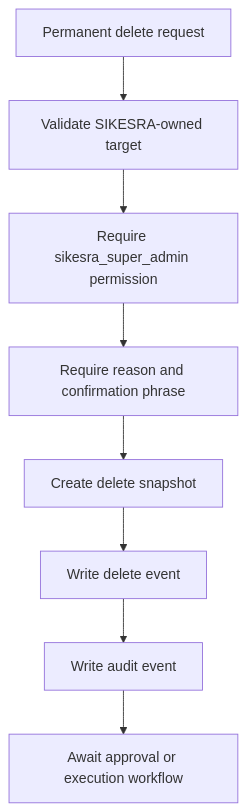
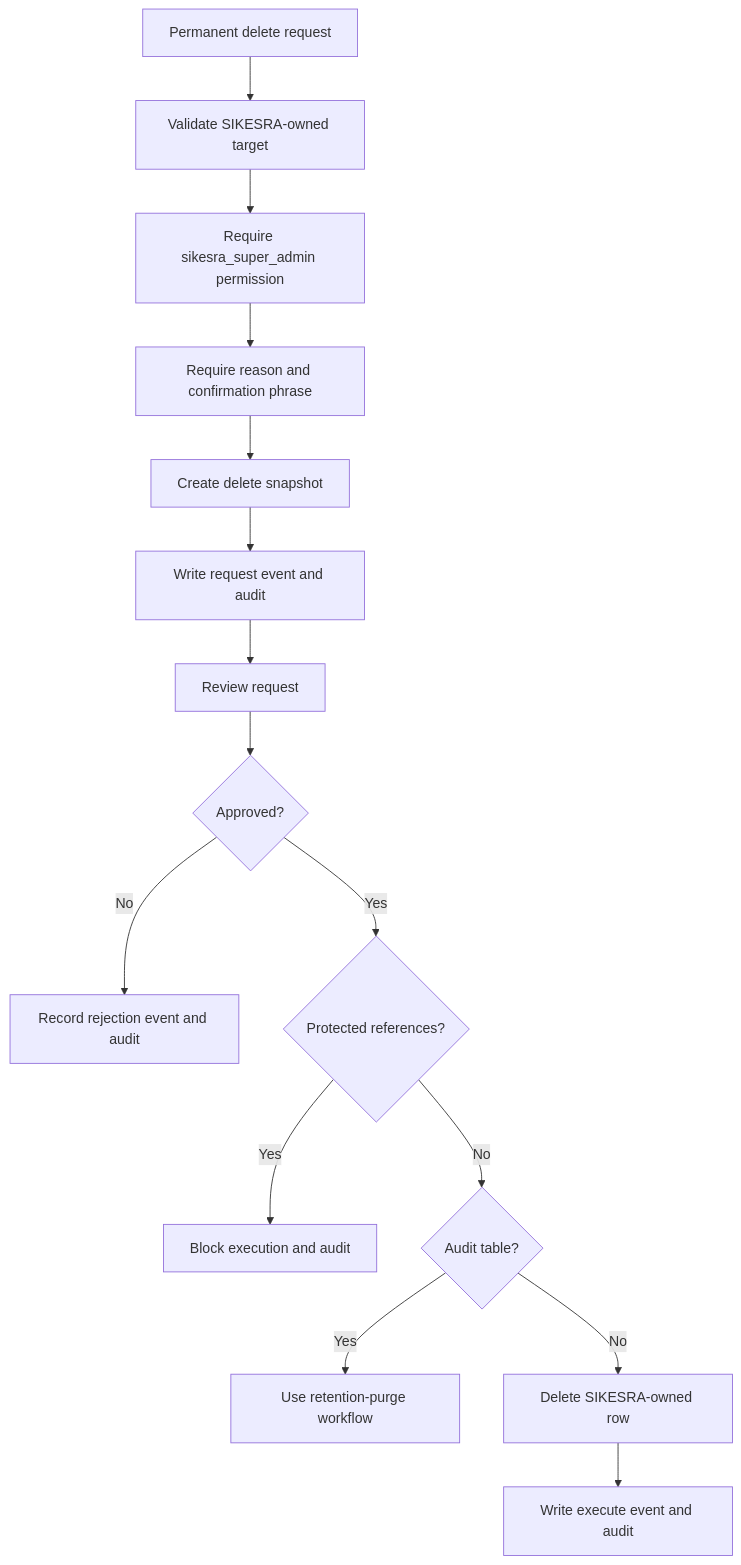
One commit to ahliweb/awcms-micro changed the tenth of 12 diagrams in awcmsmicro-dev/packages/plugins/awcms-micro-sikesra/docs/MERMAID_DIAGRAMS.md. Above: the diagram before and after it, drawn with Mermaid. The commit also changed other lines of this file and 15 other files, not shown here.

````diff
--- a/awcmsmicro-dev/packages/plugins/awcms-micro-sikesra/docs/MERMAID_DIAGRAMS.md
+++ b/awcmsmicro-dev/packages/plugins/awcms-micro-sikesra/docs/MERMAID_DIAGRAMS.md
@@ -234,10 +234,17 @@
 ```mermaid
 flowchart TD
   Request[Permanent delete request] --> Validate[Validate SIKESRA-owned target]
   Validate --> Permission[Require sikesra_super_admin permission]
   Permission --> Reason[Require reason and confirmation phrase]
   Reason --> Snapshot[Create delete snapshot]
-  Snapshot --> Event[Write delete event]
-  Event --> Audit[Write audit event]
-  Audit --> Review[Await approval or execution workflow]
+  Snapshot --> RequestEvent[Write request event and audit]
+  RequestEvent --> Review[Review request]
+  Review --> Approve{Approved?}
+  Approve -->|No| Reject[Record rejection event and audit]
+  Approve -->|Yes| References{Protected references?}
+  References -->|Yes| Block[Block execution and audit]
+  References -->|No| AuditTarget{Audit table?}
+  AuditTarget -->|Yes| Retention[Use retention-purge workflow]
+  AuditTarget -->|No| Execute[Delete SIKESRA-owned row]
+  Execute --> ExecuteEvent[Write execute event and audit]
 ```
````
